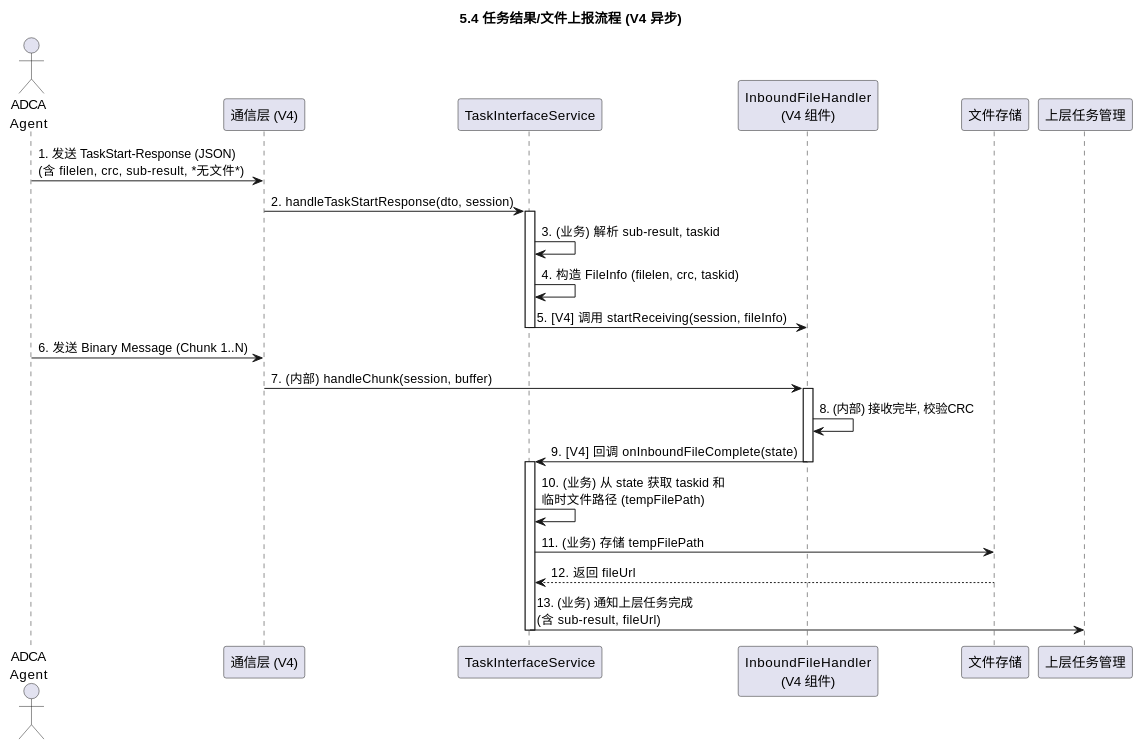
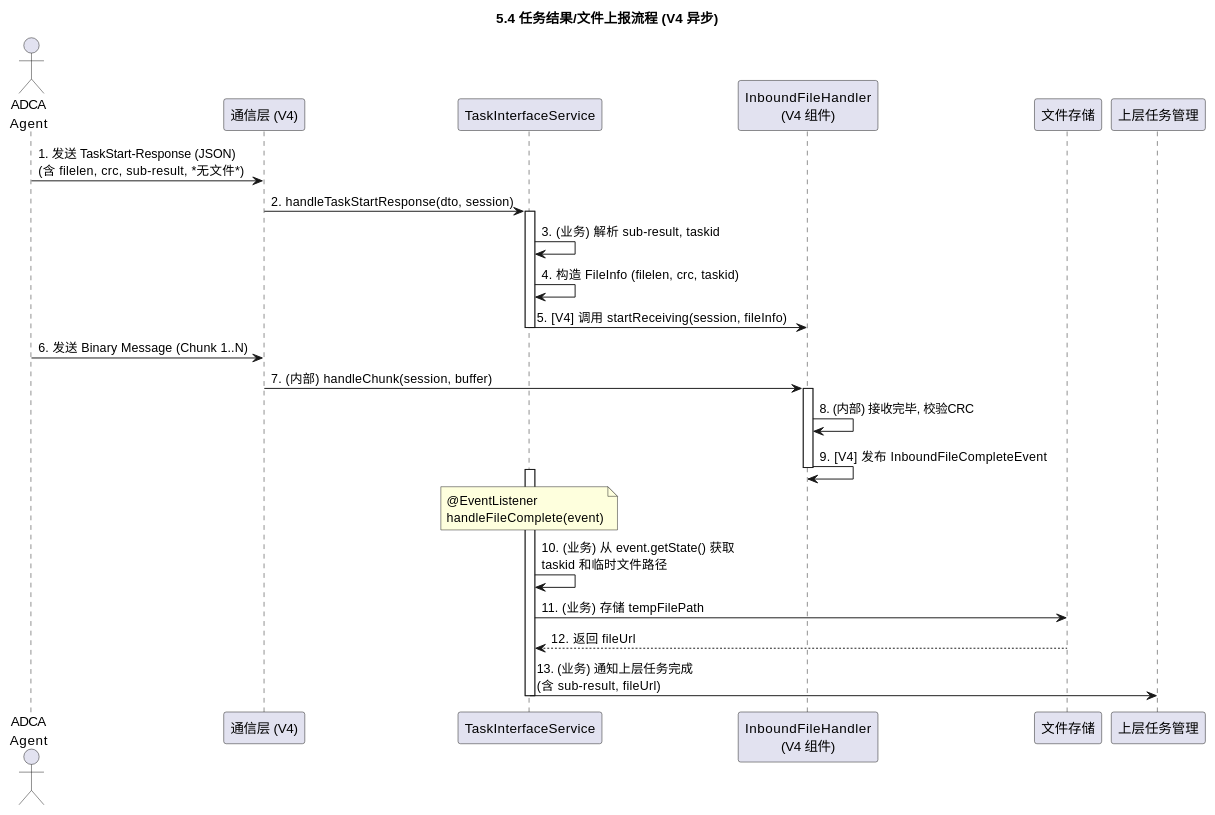
Before and after one commit to GuiHongli/DialTestCenter: the seventh of 10 diagrams in AR软件实现设计文档/执行机管理/执行机管理-业务逻辑设计.md, drawn with PlantUML. The commit also changed other lines of this file and 28 other files, not shown here.

````diff
--- a/AR软件实现设计文档/执行机管理/执行机管理-业务逻辑设计.md
+++ b/AR软件实现设计文档/执行机管理/执行机管理-业务逻辑设计.md
@@ -585,40 +595,41 @@
 ```plantuml
 @startuml
 title 5.4 任务结果/文件上报流程 (V4 异步)
 
 actor "ADCA\nAgent" as Agent
 participant "通信层 (V4)" as CommLayer
 participant "TaskInterfaceService" as TaskService
 participant "InboundFileHandler\n(V4 组件)" as InboundHandler
 participant "文件存储" as Storage
 participant "上层任务管理" as TaskMgmt
 
 ' 步骤 1: JSON 信令先到
 Agent -> CommLayer : 1. 发送 TaskStart-Response (JSON)\n(含 filelen, crc, sub-result, *无文件*)
 CommLayer -> TaskService : 2. handleTaskStartResponse(dto, session)
 
 activate TaskService
     TaskService -> TaskService : 3. (业务) 解析 sub-result, taskid
     TaskService -> TaskService : 4. 构造 FileInfo (filelen, crc, taskid)
     TaskService -> InboundHandler : 5. [V4] 调用 startReceiving(session, fileInfo)
 deactivate TaskService
 
 ' 步骤 2: 二进制分片后到 (通信层处理)
 Agent -> CommLayer : 6. 发送 Binary Message (Chunk 1..N)
 CommLayer -> InboundHandler : 7. (内部) handleChunk(session, buffer)
 
-' 步骤 3: 文件接收完毕, 通信层回调业务层
+' 步骤 3: 文件接收完毕, 通信层发布事件
 activate InboundHandler
     InboundHandler -> InboundHandler : 8. (内部) 接收完毕, 校验CRC
-    InboundHandler -> TaskService : 9. [V4] 回调 onInboundFileComplete(state)
+    InboundHandler -> InboundHandler : 9. [V4] 发布 InboundFileCompleteEvent
 deactivate InboundHandler
 
-' 步骤 4: 业务层在回调中处理后续
+' 步骤 4: 业务层通过事件监听器处理
 activate TaskService
-    TaskService -> TaskService : 10. (业务) 从 state 获取 taskid 和\n临时文件路径 (tempFilePath)
+    note over TaskService : @EventListener\nhandleFileComplete(event)
+    TaskService -> TaskService : 10. (业务) 从 event.getState() 获取\ntaskid 和临时文件路径
     TaskService -> Storage : 11. (业务) 存储 tempFilePath
     Storage --> TaskService : 12. 返回 fileUrl
     TaskService -> TaskMgmt : 13. (业务) 通知上层任务完成\n(含 sub-result, fileUrl)
 deactivate TaskService
 @enduml
 ```
````
